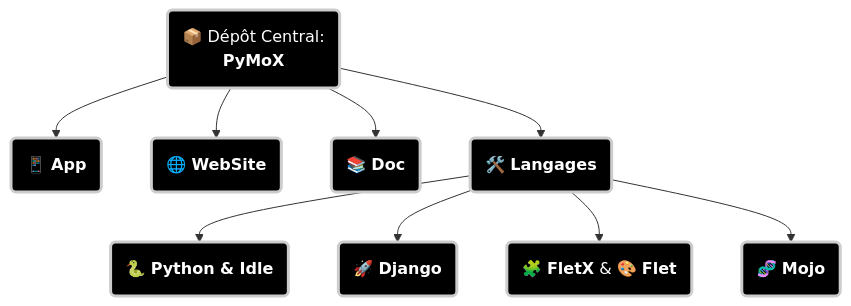
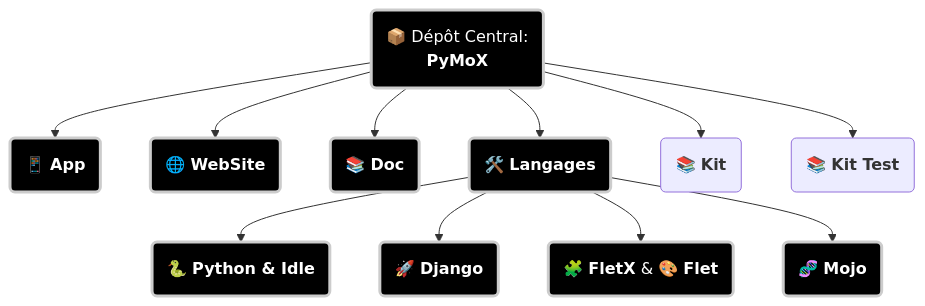
The diagram in README.md (PyMoX-fr/PyMoX-fr.github.io), drawn with Mermaid before and after one commit. The commit also changed other lines of this file and 1 other file, not shown here.

Commit message:
↑ graph

````diff
--- a/README.md
+++ b/README.md
@@ -52,26 +52,32 @@
 ```mermaid
 flowchart TD
   classDef repo fill:#000,stroke:#ccc,stroke-width:3px,color:white,font-size:16px
 
   CD("📦 Dépôt Central:<br><b>PyMoX</b>")
   CD --> App("📱 <b>App</b>")
   CD --> WebSite("🌐 <b>WebSite</b>")
   CD --> Doc("📚 <b>Doc</b>")
 
   CD --> Langs("🛠️ <b>Langages</b>")
   Langs --> Py("🐍 <b>Python & Idle</b>")
   Langs --> Dj("🚀 <b>Django</b>")
   Langs --> Fx("🧩 <b>FletX</b> & 🎨 <b>Flet</b>")
   Langs --> Mj("🧬 <b>Mojo</b>")
 
+  CD --> K("📚 <b>Kit</b>")
+
+  CD --> KT("📚 <b>Kit Test</b>")
+
   class CD,App,WebSite,Doc,Langs,Py,Dj,Fx,Mj repo
 
   click CD "https://github.com/PyMoX-fr/PyMoX" _blank
   click App "https://github.com/PyMoX-fr/App" _blank
   click WebSite "https://github.com/PyMoX-fr/WebSite" _blank
   click Doc "https://github.com/PyMoX-fr/Doc" _blank
   click Py "https://github.com/PyMoX-fr/Python" _blank
   click Dj "https://github.com/PyMoX-fr/Django" _blank
   click Fx "https://github.com/PyMoX-fr/FletX" _blank
   click Mj "https://github.com/PyMoX-fr/Mojo" _blank
+  click K "https://github.com/PyMoX-fr/Kit" _blank
+  click KT "https://github.com/PyMoX-fr/Kit_Test" _blank
 ```
````
